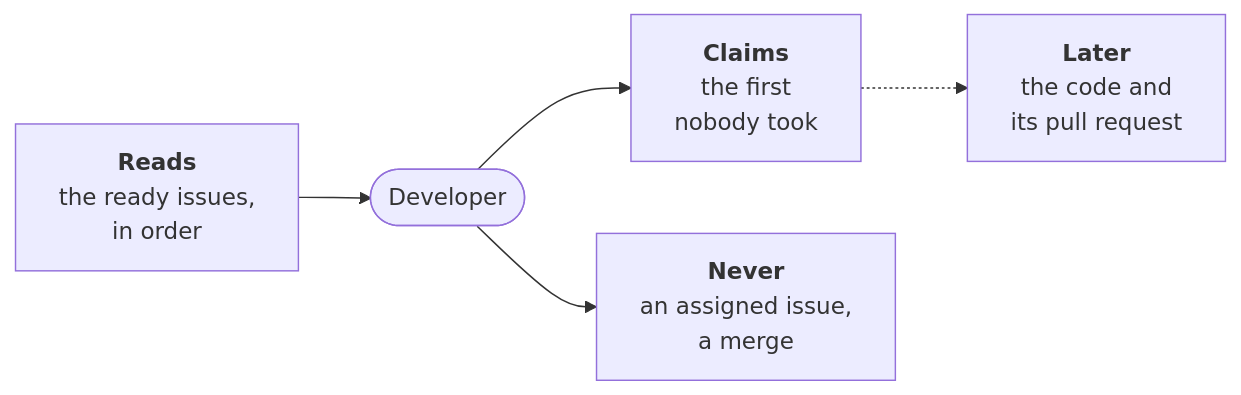
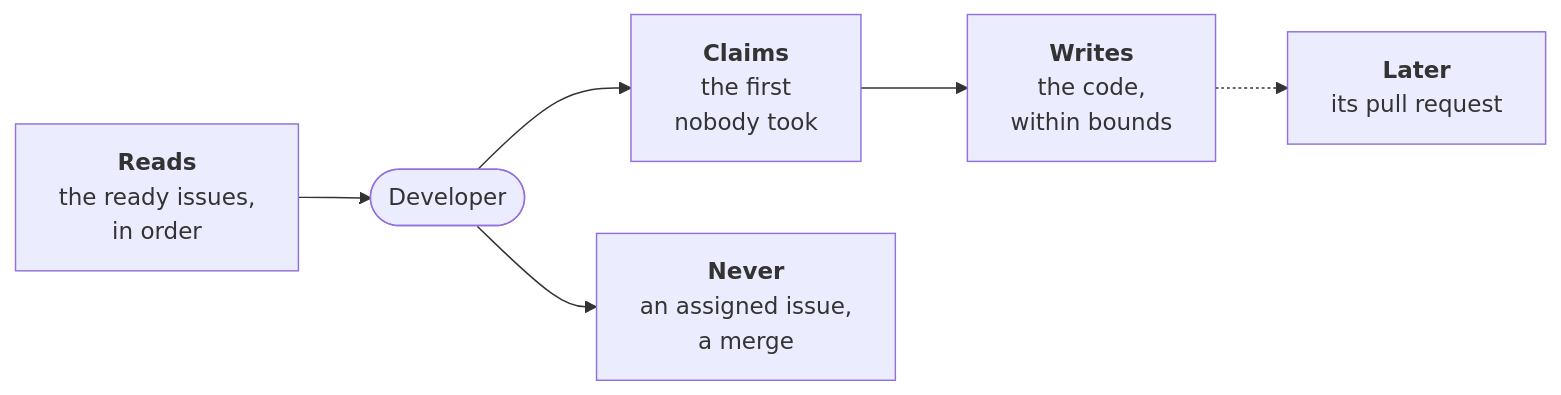
Before and after one commit to JN0V/workline: the diagram in roles/developer/README.md, drawn with Mermaid. The commit also changed other lines of this file and 32 other files, not shown here.

````diff
--- a/roles/developer/README.md
+++ b/roles/developer/README.md
@@ -10,10 +10,11 @@
 ```mermaid
 flowchart LR
   issue["<b>Reads</b><br/>the ready issues,<br/>in order"]
   role(["Developer"])
   claim["<b>Claims</b><br/>the first<br/>nobody took"]
   never["<b>Never</b><br/>an assigned issue,<br/>a merge"]
-  out["<b>Later</b><br/>the code and<br/>its pull request"]
-  issue --> role --> claim -.-> out
+  code["<b>Writes</b><br/>the code,<br/>within bounds"]
+  out["<b>Later</b><br/>its pull request"]
+  issue --> role --> claim --> code -.-> out
   role --> never
 ```
````
